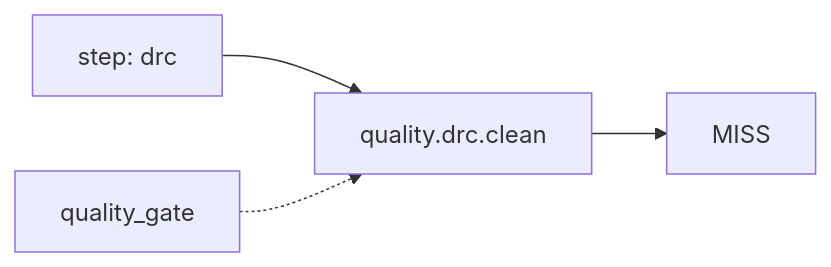
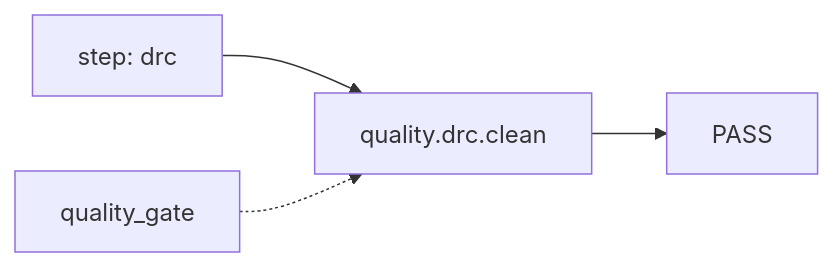
One commit to openecos-projects/ecc changed diagram 11 of 56 in .github/signoff-board/signoff-kanban.md. Above: the diagram before and after it, drawn with Mermaid. The commit also changed other lines of this file and 1 other file, not shown here.

````diff
--- a/.github/signoff-board/signoff-kanban.md
+++ b/.github/signoff-board/signoff-kanban.md
@@ -392,6 +402,6 @@
 ```mermaid
 flowchart LR
   step_quality_drc_clean["step: drc"] --> metric_quality_drc_clean["quality.drc.clean"]
-  metric_quality_drc_clean --> state_quality_drc_clean["MISS"]
+  metric_quality_drc_clean --> state_quality_drc_clean["PASS"]
   cat_quality_drc_clean["quality_gate"] -.-> metric_quality_drc_clean
 ```
````
